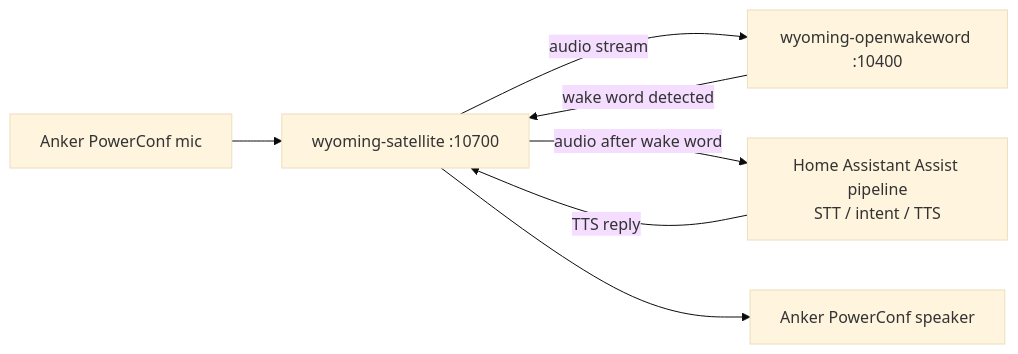
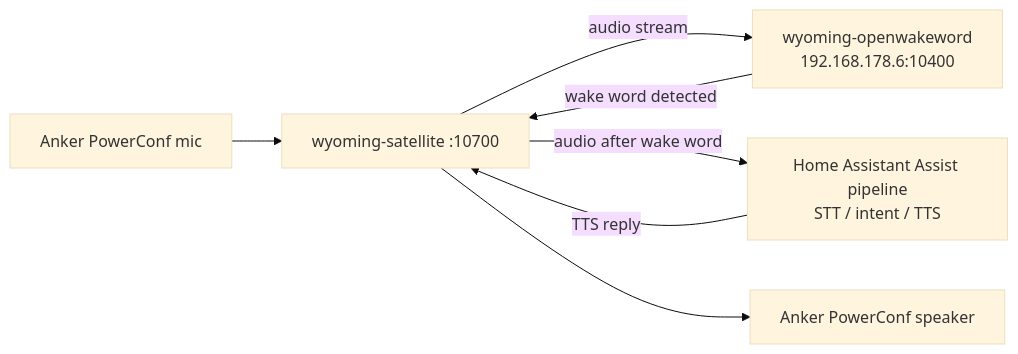
One commit to dev-ath0m/pi-homeassistant-wallpanel changed the diagram in WYOMING_SATELLITE_SETUP.md. Above: the diagram before and after it, drawn with Mermaid (base theme). The commit also changed other lines of this file, not shown here.

Commit message:
Update Wyoming satellite setup: wake word service on the HA host, PowerConf notes, troubleshooting

````diff
--- a/WYOMING_SATELLITE_SETUP.md
+++ b/WYOMING_SATELLITE_SETUP.md
@@ -25,9 +26,9 @@
 ```mermaid
 flowchart LR
     M[Anker PowerConf mic] --> S[wyoming-satellite :10700]
-    S -- audio stream --> W[wyoming-openwakeword :10400]
+    S -- audio stream --> W[wyoming-openwakeword<br/>192.168.178.6:10400]
     W -- wake word detected --> S
     S -- audio after wake word --> HA[Home Assistant Assist pipeline<br/>STT / intent / TTS]
     HA -- TTS reply --> S
     S --> P[Anker PowerConf speaker]
 ```
````
